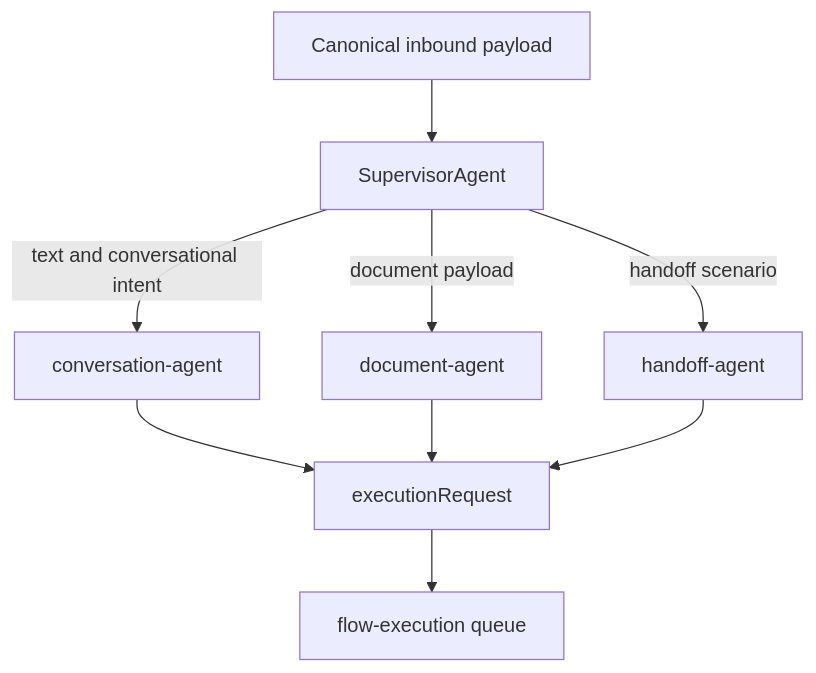
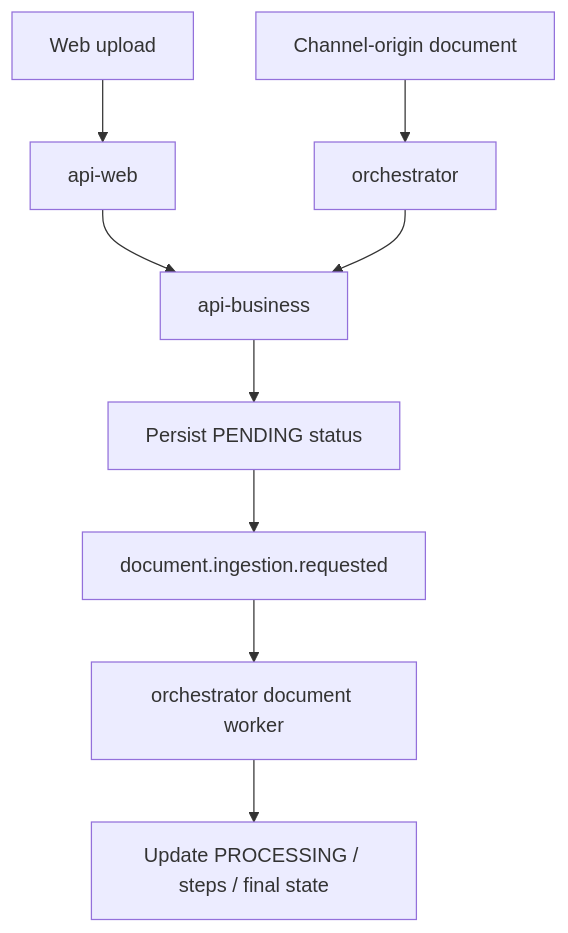
One commit to CiceroDeveloper01/rag-platform changed the third of 5 diagrams in docs/ARCHITECTURE.md. Above: the diagram before and after it, drawn with Mermaid. The commit also changed other lines of this file and 191 other files, not shown here.

Commit message:
refactor: consolidate monorepo architecture, async documents flow and platform structure

````diff
--- a/docs/ARCHITECTURE.md
+++ b/docs/ARCHITECTURE.md
@@ -243,11 +102,11 @@
 ```mermaid
 flowchart TD
-    Start[Canonical inbound payload] --> Supervisor[SupervisorAgent]
-    Supervisor -->|text and conversational intent| Conversation[conversation-agent]
-    Supervisor -->|document payload| Document[document-agent]
-    Supervisor -->|handoff scenario| Handoff[handoff-agent]
-    Conversation --> Request[executionRequest]
-    Document --> Request
-    Handoff --> Request
-    Request --> FlowQueue[flow-execution queue]
+    WebUpload[Web upload] --> APIWeb[api-web]
+    APIWeb --> APIBusiness[api-business]
+    ChannelDoc[Channel-origin document] --> Orchestrator[orchestrator]
+    Orchestrator --> APIBusiness
+    APIBusiness --> Persist[Persist PENDING status]
+    Persist --> Rabbit[document.ingestion.requested]
+    Rabbit --> Worker[orchestrator document worker]
+    Worker --> Update[Update PROCESSING / steps / final state]
 ```
````
